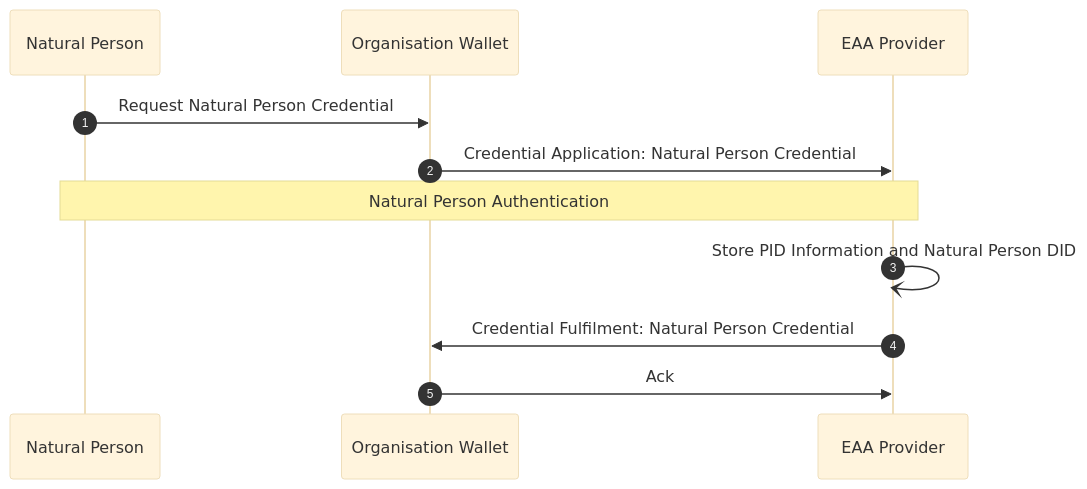
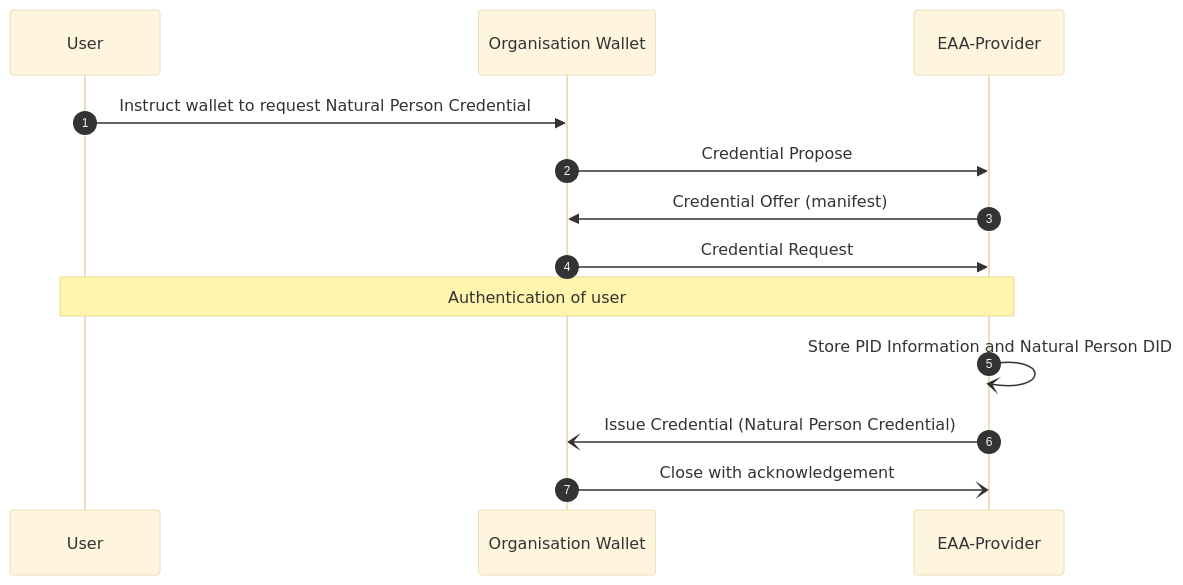
The first of 3 diagrams in ewc-rfc010-issue-and-present-organisational-credentials.md (EWC-consortium/eudi-wallet-rfcs), drawn with Mermaid (base theme) before and after one commit. The commit also changed other lines of this file, not shown here.

````diff
--- a/ewc-rfc010-issue-and-present-organisational-credentials.md
+++ b/ewc-rfc010-issue-and-present-organisational-credentials.md
@@ -130,18 +142,19 @@
 ```mermaid
 sequenceDiagram
-    autonumber
+  autonumber
 
-    participant NP as Natural Person
-    participant OrgWallet as Organisation Wallet
-    participant Issuer as EAA Provider
+  participant User as User
+  participant OrgWallet as Organisation Wallet
+  participant EAAP as EAA-Provider
 
-    NP->>OrgWallet: Request Natural Person Credential
+  User->>OrgWallet: Instruct wallet to request Natural Person Credential
+  OrgWallet->>EAAP: Credential Propose
+  EAAP->>OrgWallet: Credential Offer (manifest)
+  OrgWallet->>EAAP: Credential Request
 
-    OrgWallet->>Issuer: Credential Application: Natural Person Credential
-    
-    Note over NP, Issuer: Natural Person Authentication
+  Note over User, EAAP: Authentication of user
 
-    Issuer-)Issuer: Store PID Information and Natural Person DID
-    Issuer->>OrgWallet: Credential Fulfilment: Natural Person Credential
-    OrgWallet->>Issuer: Ack
+  EAAP-)EAAP: Store PID Information and Natural Person DID
+  EAAP-)OrgWallet: Issue Credential (Natural Person Credential)
+  OrgWallet -) EAAP: Close with acknowledgement
 ```
````
